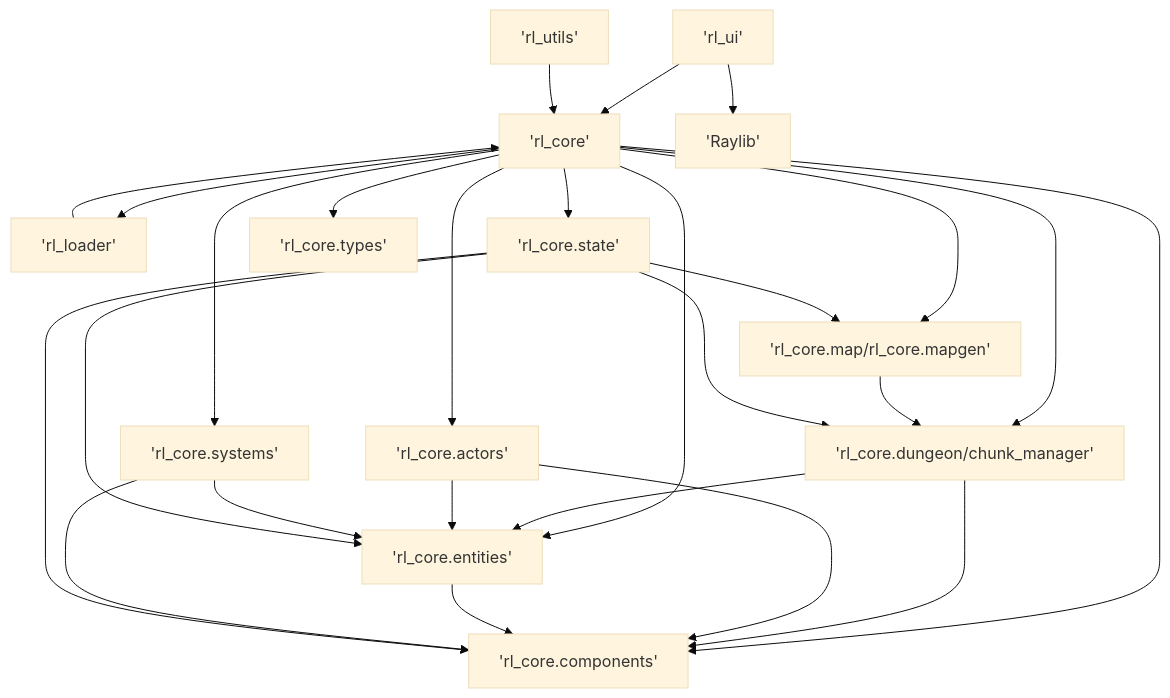
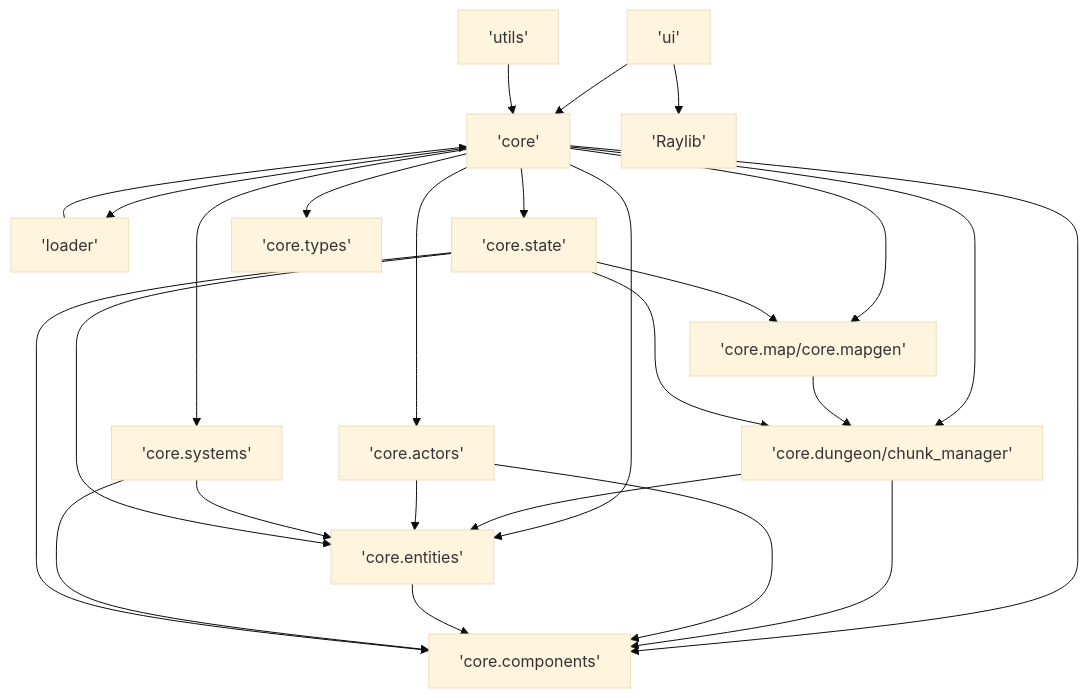
The first of 3 diagrams in docs/project_structure.md (HexSleeves/EchosInTheDark), drawn with Mermaid (base theme) before and after one commit. The commit also changed other lines of this file and 158 other files, not shown here.

````diff
--- a/docs/project_structure.md
+++ b/docs/project_structure.md
@@ -32,42 +32,42 @@
 ```mermaid
 flowchart TD
-    UI['rl_ui']
-    RLCore['rl_core']
+    UI['ui']
+    RLCore['core']
     Raylib['Raylib']
-    RLUtils['rl_utils']
-    RLLoader['rl_loader']
-    RLCoreMap['rl_core.map/rl_core.mapgen']
-    RLCoreChunk['rl_core.dungeon/chunk_manager']
-    RLCoreActors['rl_core.actors']
-    RLCoreEntities['rl_core.entities']
-    RLCoreComponents['rl_core.components']
-    RLCoreSystems['rl_core.systems']
-    RLCoreState['rl_core.state']
-    RLCoreTypes['rl_core.types']
+    RLUtils['utils']
+    RLLoader['loader']
+    RLCoreMap['core.map/core.mapgen']
+    RLCoreChunk['core.dungeon/chunk_manager']
+    RLCoreActors['core.actors']
+    RLCoreEntities['core.entities']
+    RLCoreComponents['core.components']
+    RLCoreSystems['core.systems']
+    RLCoreState['core.state']
+    RLCoreTypes['core.types']
 
     UI --> RLCore
     UI --> Raylib
     RLCore --> RLCoreActors
     RLCore --> RLCoreEntities
     RLCore --> RLCoreComponents
     RLCore --> RLCoreSystems
     RLCore --> RLCoreMap
     RLCore --> RLCoreChunk
     RLCore --> RLCoreState
     RLCore --> RLCoreTypes
     RLCore --> RLLoader
     RLCoreMap --> RLCoreChunk
     RLCoreChunk --> RLCoreEntities
     RLCoreChunk --> RLCoreComponents
     RLCoreActors --> RLCoreEntities
     RLCoreActors --> RLCoreComponents
     RLCoreEntities --> RLCoreComponents
     RLCoreSystems --> RLCoreEntities
     RLCoreSystems --> RLCoreComponents
     RLCoreState --> RLCoreEntities
     RLCoreState --> RLCoreComponents
     RLCoreState --> RLCoreChunk
     RLCoreState --> RLCoreMap
     RLLoader --> RLCore
     RLUtils --> RLCore
 ```
````
